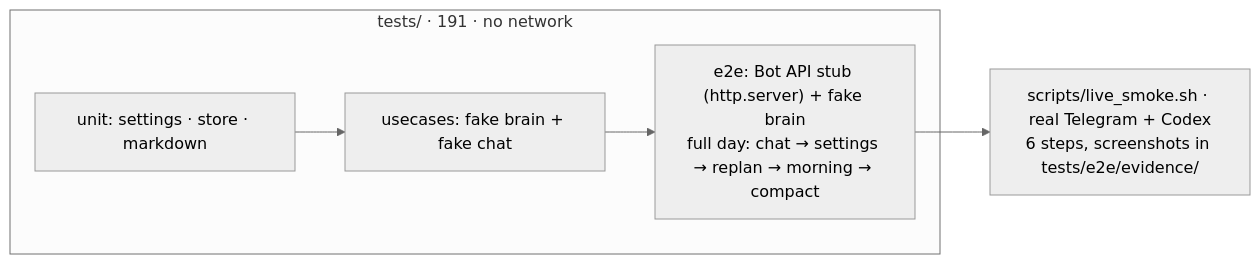
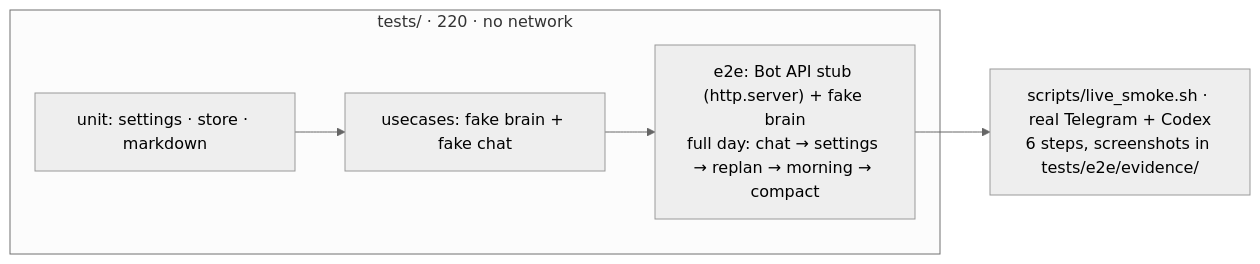
One commit to vovka/mentor-bot changed diagram 17 of 19 in docs/ARCHITECTURE.md. Above: the diagram before and after it, drawn with Mermaid (neutral theme). The commit also changed other lines of this file, not shown here.

First line of the commit message:
Docs: link the new architecture page; test count in diagram

````diff
--- a/docs/ARCHITECTURE.md
+++ b/docs/ARCHITECTURE.md
@@ -462,8 +463,8 @@
 ```mermaid
 flowchart LR
-  subgraph "tests/ · 191 · no network"
+  subgraph "tests/ · 220 · no network"
     U[unit: settings · store · markdown] --> UC[usecases: fake brain + fake chat]
     UC --> E2E["e2e: Bot API stub (http.server) + fake brain<br/>full day: chat → settings → replan → morning → compact"]
   end
   E2E --> LIVE["scripts/live_smoke.sh · real Telegram + Codex<br/>6 steps, screenshots in tests/e2e/evidence/"]
 ```
````
